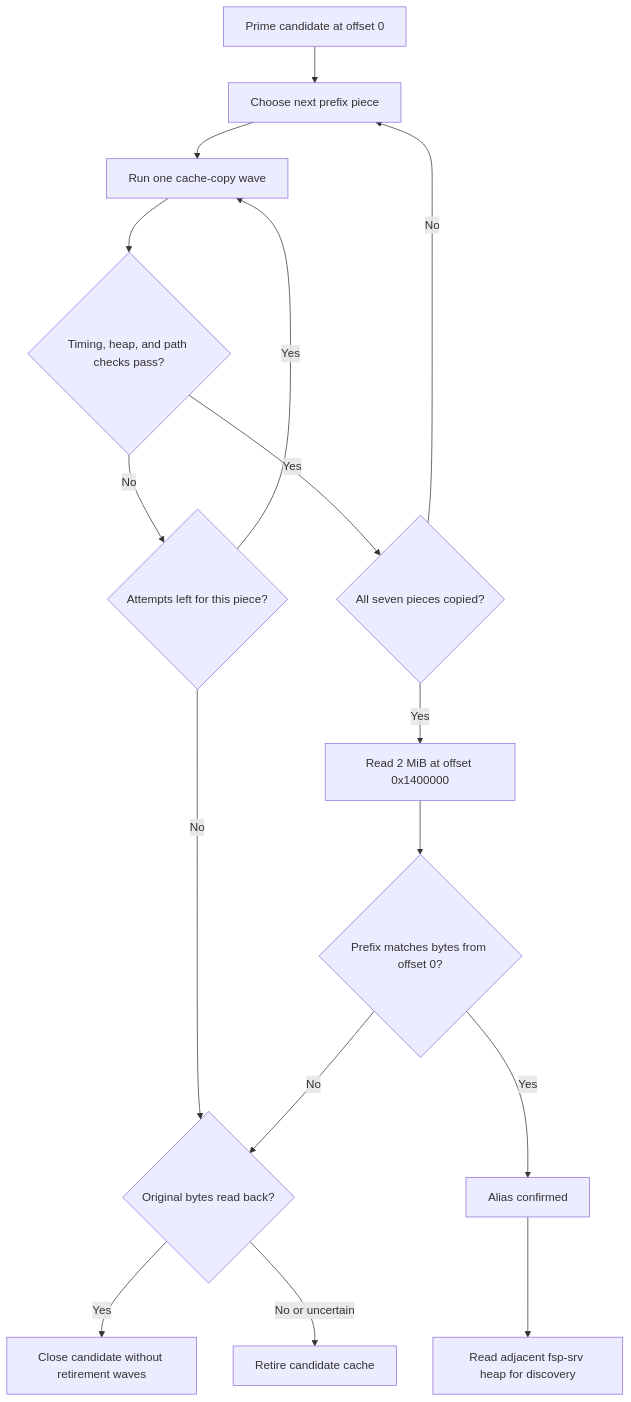
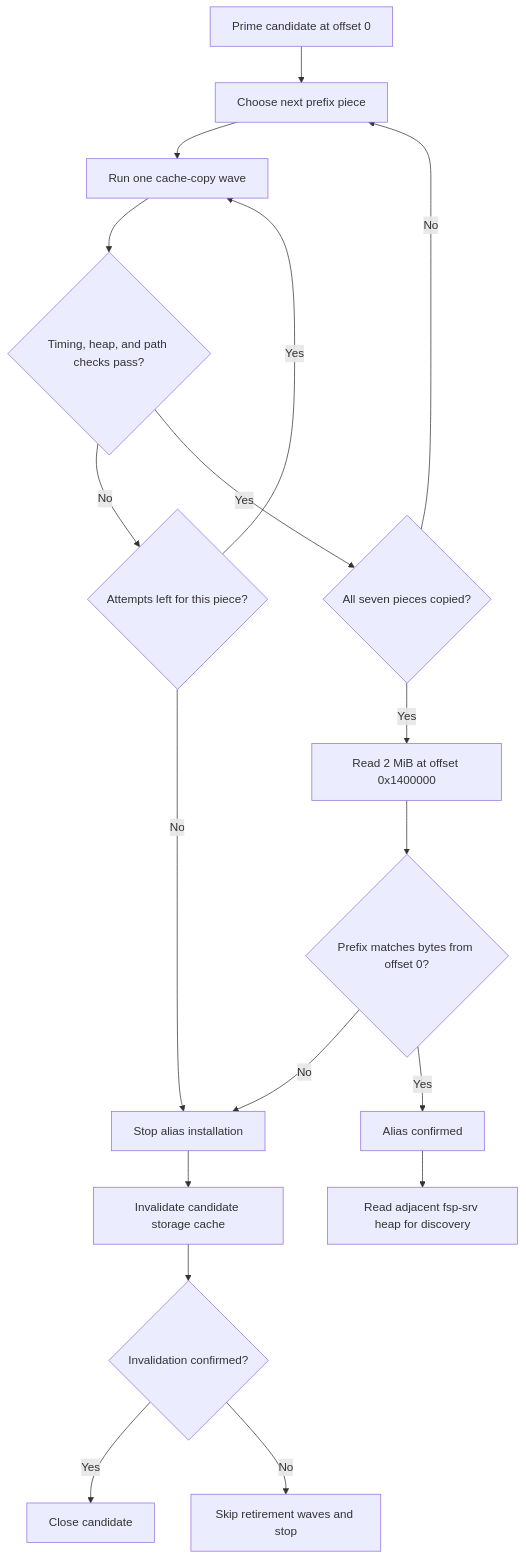
One commit to ItsNerisma/CivSwitchFS changed the fourth of 6 diagrams in HOW_IT_WORKS.md. Above: the diagram before and after it, drawn with Mermaid. The commit also changed other lines of this file and 14 other files, not shown here.

````diff
--- a/HOW_IT_WORKS.md
+++ b/HOW_IT_WORKS.md
@@ -290,18 +291,20 @@
 ```mermaid
 flowchart TD
     A[Prime candidate at offset 0] --> B[Choose next prefix piece]
     B --> C[Run one cache-copy wave]
     C --> D{Timing, heap, and path checks pass?}
     D -->|No| E{Attempts left for this piece?}
     E -->|Yes| C
-    E -->|No| N{Original bytes read back?}
+    E -->|No| N[Stop alias installation]
     D -->|Yes| F{All seven pieces copied?}
     F -->|No| B
     F -->|Yes| G[Read 2 MiB at offset 0x1400000]
     G --> H{Prefix matches bytes from offset 0?}
     H -->|No| N
     H -->|Yes| I[Alias confirmed]
     I --> J[Read adjacent fsp-srv heap for discovery]
-    N -->|Yes| O[Close candidate without retirement waves]
-    N -->|No or uncertain| X[Retire candidate cache]
+    N --> O[Invalidate candidate storage cache]
+    O --> P{Invalidation confirmed?}
+    P -->|Yes| Q[Close candidate]
+    P -->|No| R[Skip retirement waves and stop]
 ```
````
